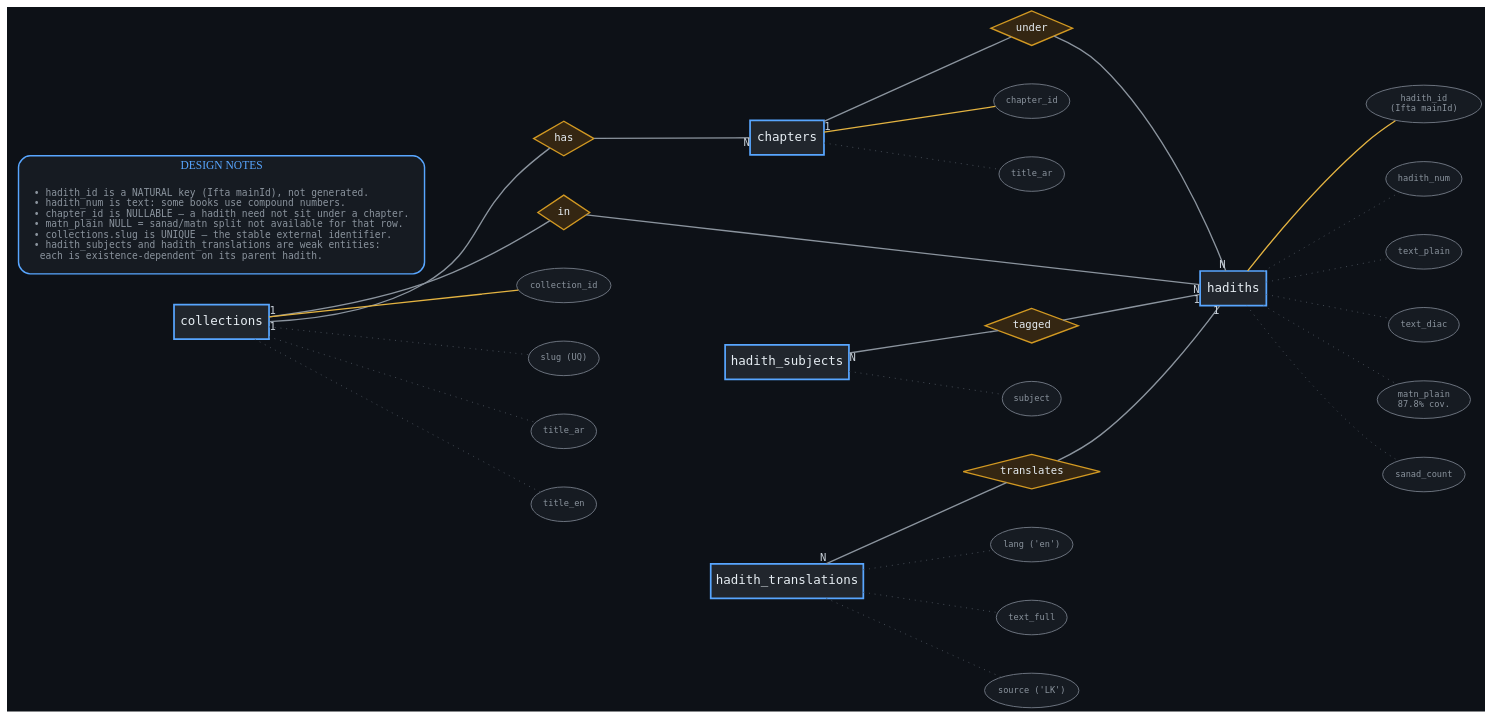
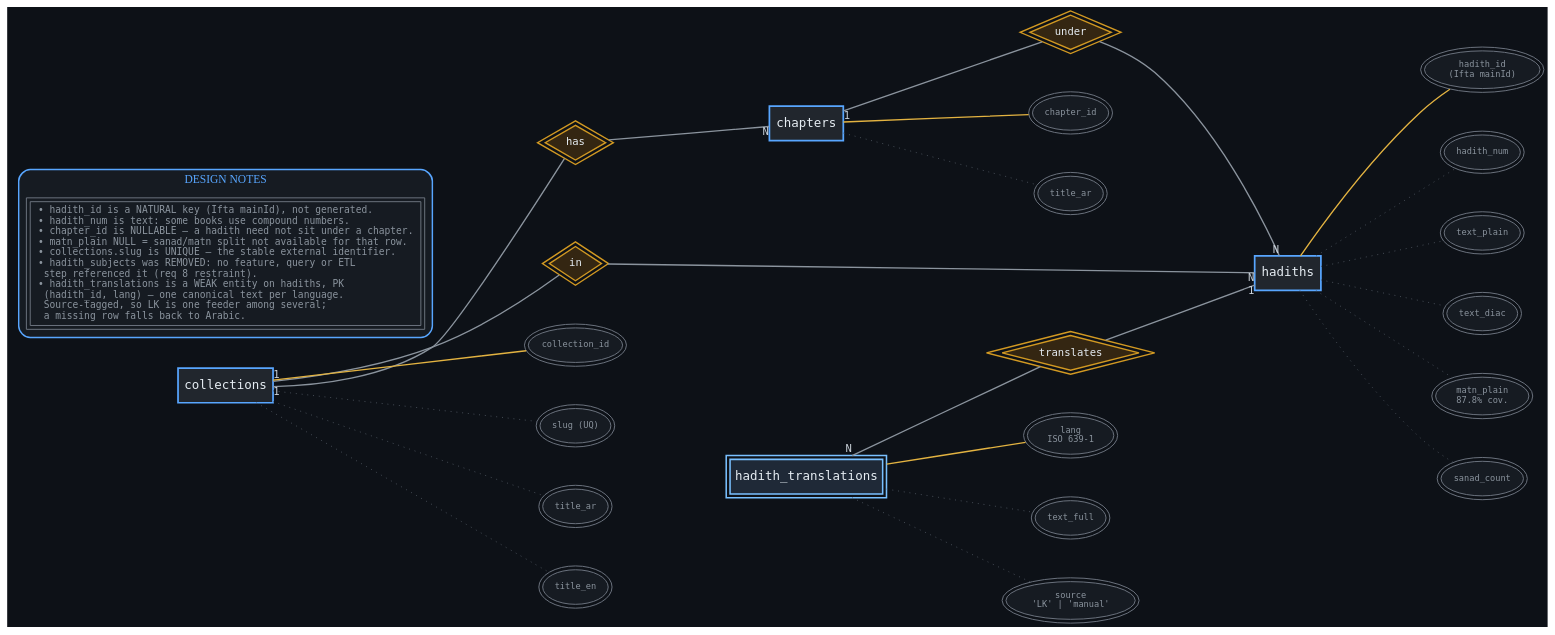
The diagram in docs/erd/full/02_corpus_biblio.dot (Kamrulhasan12345/ilham), drawn with Graphviz before and after one commit. The commit also changed 53 other files, not shown here.

First line of the commit message:
fix: make the schema loadable and correct the study-layer model

```diff
--- a/docs/erd/full/02_corpus_biblio.dot
+++ b/docs/erd/full/02_corpus_biblio.dot
@@ -1,57 +1,57 @@
 graph ilham_corpus_biblio {
   rankdir=LR;
   bgcolor="#0D1117";
   splines=spline;
   overlap=false;
   nodesep=0.55;
   ranksep=1.45;
   node [fontname="DejaVu Sans Mono", fontsize=10, fontcolor="#C9D1D9"];
   edge [fontname="DejaVu Sans Mono", fontsize=9, color="#8B949E", fontcolor="#8B949E"];
 
   // ---- ENTITIES ----
   node [shape=box, style="filled,bold", penwidth=1.8, fillcolor="#21262D", color="#58A6FF", fontcolor="#E6EDF3", fontsize=13];
-  collections; chapters; hadiths; hadith_subjects; hadith_translations;
+  collections; chapters; hadiths;
+
+  node [shape=box, peripheries=2, style="filled,bold", penwidth=1.6, fillcolor="#1F2937", color="#79C0FF"];
+  hadith_translations;
 
   // ---- RELATIONSHIPS ----
   node [shape=diamond, style="filled", fillcolor="#342612", color="#D29922", penwidth=1.4, fontsize=11, fontcolor="#E6EDF3"];
   r_coll_chap [label="has"];
   r_coll_had  [label="in"];
   r_chap_had  [label="under"];
-  r_subj      [label="tagged"];
   r_trans     [label="translates"];
 
   // ---- ATTRIBUTES ----
   node [shape=ellipse, style="filled", fillcolor="#161B22", color="#6E7681", penwidth=1, fontsize=9, fontcolor="#8B949E"];
   a_c1 [label="collection_id"]; a_c2 [label="slug (UQ)"]; a_c3 [label="title_ar"]; a_c4 [label="title_en"];
   a_h1 [label="hadith_id\n(Ifta mainId)"]; a_h2 [label="hadith_num"]; a_h3 [label="text_plain"];
   a_h4 [label="text_diac"]; a_h5 [label="matn_plain\n87.8% cov."]; a_h6 [label="sanad_count"];
   a_ch1 [label="chapter_id"]; a_ch2 [label="title_ar"];
-  a_s1 [label="subject"];
-  a_t1 [label="lang ('en')"]; a_t2 [label="text_full"]; a_t3 [label="source ('LK')"];
+  a_t1 [label="lang\nISO 639-1"]; a_t2 [label="text_full"]; a_t3 [label="source\n'LK' | 'manual'"];
 
   edge [color="#484F58", style=dotted, len=0.5];
   collections -- a_c1 [color="#E3B341", style=solid, penwidth=1.4];
   collections -- a_c2; collections -- a_c3; collections -- a_c4;
   chapters -- a_ch1 [color="#E3B341", style=solid, penwidth=1.4];
   chapters -- a_ch2;
   hadiths -- a_h1 [color="#E3B341", style=solid, penwidth=1.4];
   hadiths -- a_h2; hadiths -- a_h3; hadiths -- a_h4; hadiths -- a_h5; hadiths -- a_h6;
-  hadith_subjects -- a_s1;
-  hadith_translations -- a_t1; hadith_translations -- a_t2; hadith_translations -- a_t3;
+  hadith_translations -- a_t1 [color="#E3B341", style=solid, penwidth=1.4];
+  hadith_translations -- a_t2; hadith_translations -- a_t3;
 
   // ---- CARDINALITY ----
   edge [color="#8B949E", style=solid, fontsize=11, fontcolor="#C9D1D9", penwidth=1.4];
   collections -- r_coll_chap [taillabel="1"]; r_coll_chap -- chapters [headlabel="N"];
   collections -- r_coll_had  [taillabel="1"]; r_coll_had  -- hadiths  [headlabel="N"];
   chapters    -- r_chap_had  [taillabel="1"]; r_chap_had  -- hadiths  [headlabel="N"];
-  hadith_subjects -- r_subj  [taillabel="N"]; r_subj  -- hadiths [headlabel="1"];
   hadith_translations -- r_trans [taillabel="N"]; r_trans -- hadiths [headlabel="1"];
 
   // ---- NOTES ----
   subgraph cluster_notes {
     label="DESIGN NOTES"; fontname="DejaVu Sans Mono Bold"; fontsize=12; fontcolor="#58A6FF";
     style="rounded,filled"; fillcolor="#161B22"; color="#58A6FF"; penwidth=1.5;
     node [shape=plaintext, fillcolor="none", fontcolor="#8B949E", fontsize=10];
-    n1 [label="• hadith_id is a NATURAL key (Ifta mainId), not generated.\l• hadith_num is text: some books use compound numbers.\l• chapter_id is NULLABLE — a hadith need not sit under a chapter.\l• matn_plain NULL = sanad/matn split not available for that row.\l• collections.slug is UNIQUE — the stable external identifier.\l• hadith_subjects and hadith_translations are weak entities:\l  each is existence-dependent on its parent hadith.\l"];
+    n1 [label="• hadith_id is a NATURAL key (Ifta mainId), not generated.\l• hadith_num is text: some books use compound numbers.\l• chapter_id is NULLABLE — a hadith need not sit under a chapter.\l• matn_plain NULL = sanad/matn split not available for that row.\l• collections.slug is UNIQUE — the stable external identifier.\l• hadith_subjects was REMOVED: no feature, query or ETL\l  step referenced it (req 8 restraint).\l• hadith_translations is a WEAK entity on hadiths, PK\l  (hadith_id, lang) — one canonical text per language.\l  Source-tagged, so LK is one feeder among several;\l  a missing row falls back to Arabic.\l"];
   }
 }
```
